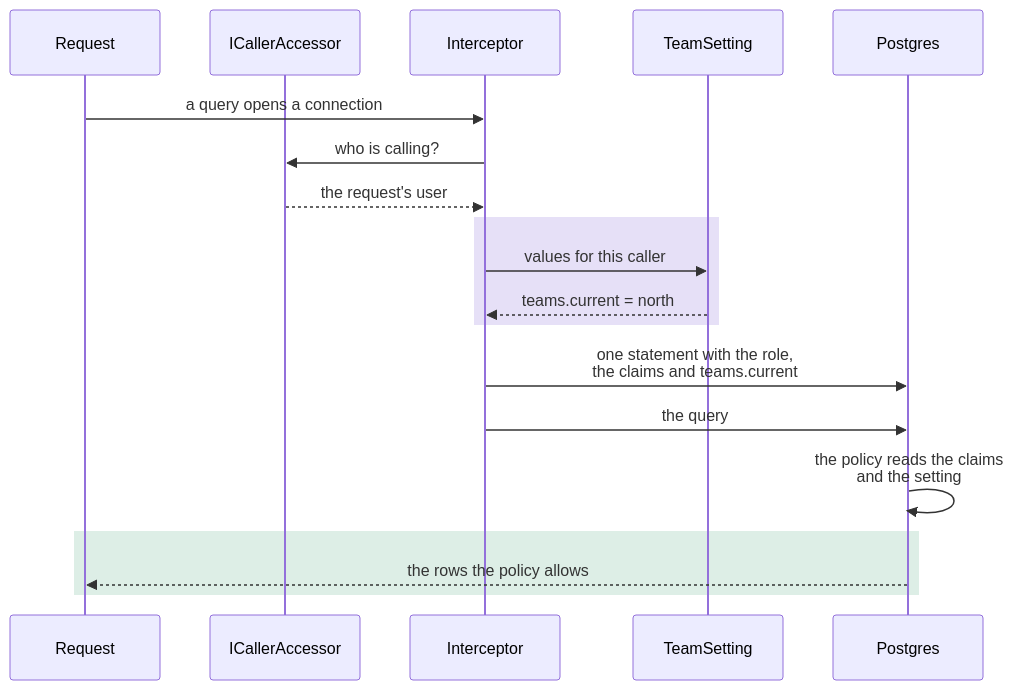
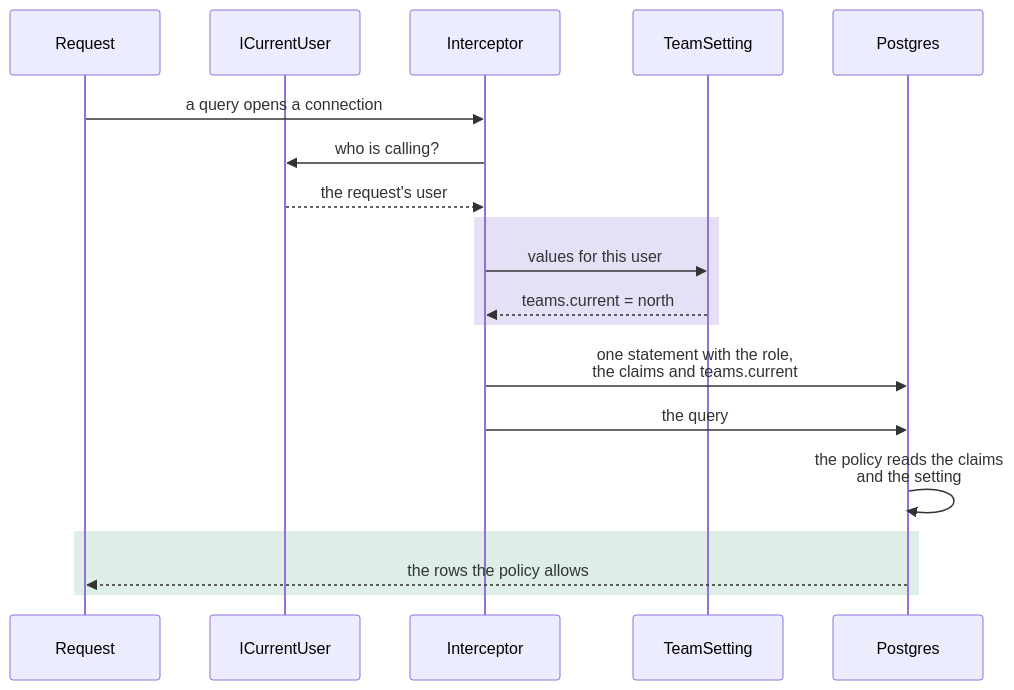
The third of 14 diagrams in docs/row-level-security.md (DylanSnel/DDDToolkit), drawn with Mermaid before and after one commit. The commit also changed other lines of this file and 396 other files, not shown here.

````diff
--- a/docs/row-level-security.md
+++ b/docs/row-level-security.md
@@ -561,21 +566,21 @@
 ```mermaid
 sequenceDiagram
     participant Request
-    participant Accessor as ICallerAccessor
+    participant User as ICurrentUser
     participant Interceptor
     participant Settings as TeamSetting
     participant Postgres
     Request->>Interceptor: a query opens a connection
-    Interceptor->>Accessor: who is calling?
-    Accessor-->>Interceptor: the request's user
+    Interceptor->>User: who is calling?
+    User-->>Interceptor: the request's user
     rect rgba(91, 46, 201, 0.15)
-    Interceptor->>Settings: values for this caller
+    Interceptor->>Settings: values for this user
     Settings-->>Interceptor: teams.current = north
     end
     Interceptor->>Postgres: one statement with the role,<br/>the claims and teams.current
     Interceptor->>Postgres: the query
     Postgres->>Postgres: the policy reads the claims<br/>and the setting
     rect rgba(31, 138, 91, 0.15)
     Postgres-->>Request: the rows the policy allows
     end
 ```
````
